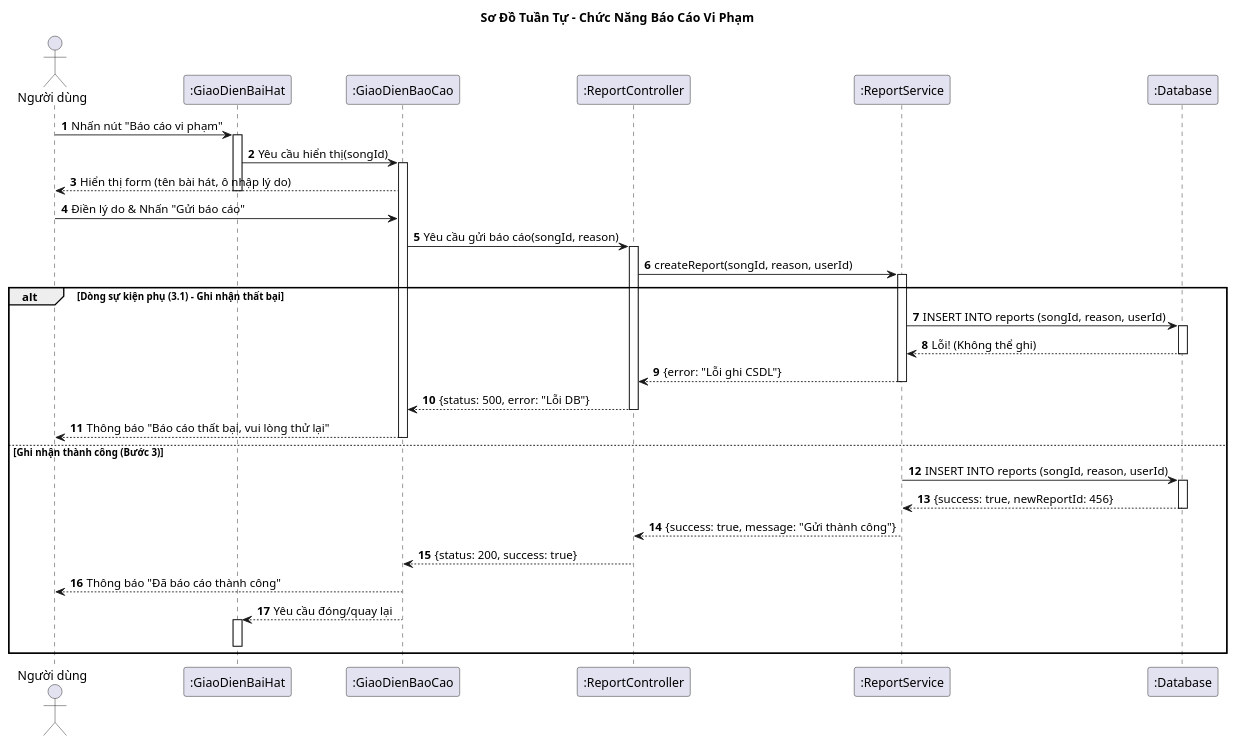
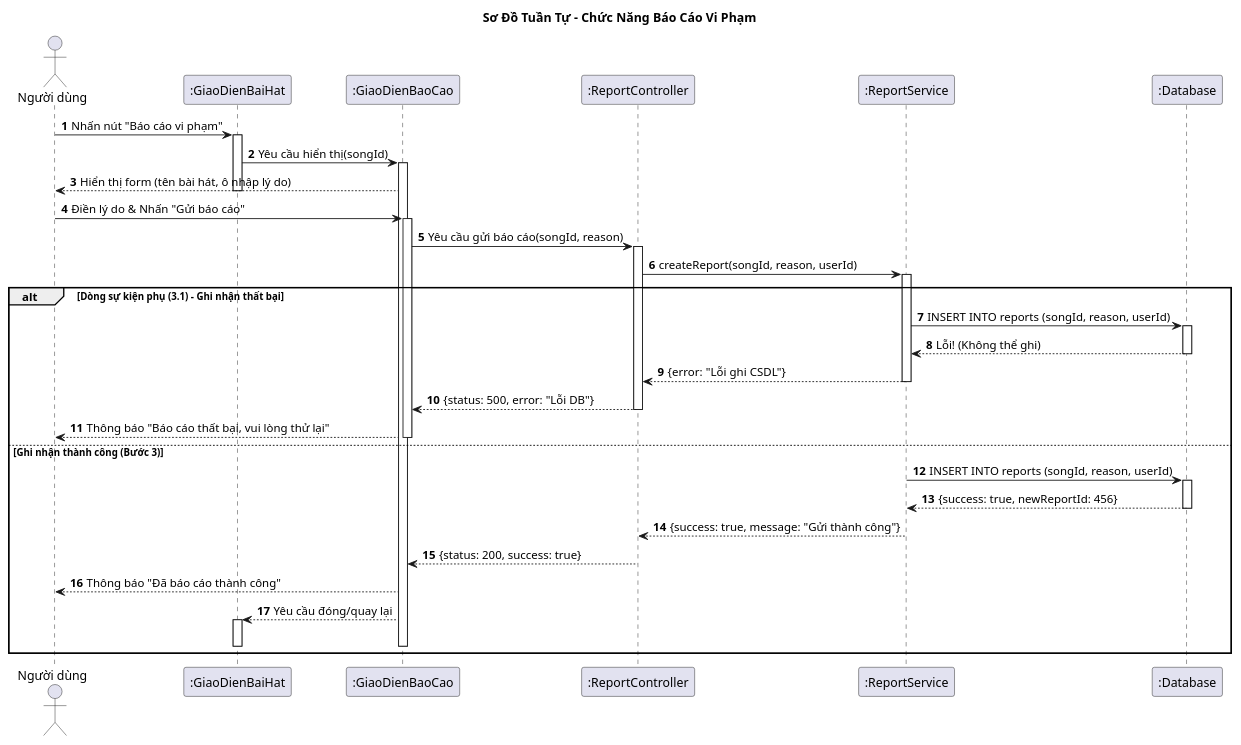
Before and after one commit to vinh047/soundwave: the diagram in Diagrams/SequenceDiagram/ReportSD.plantuml, drawn with PlantUML. The commit also changed 9 other files, not shown here.

Commit message:
Update: Fix Sequence Diagram from 1 to 10

```diff
--- a/Diagrams/SequenceDiagram/ReportSD.plantuml
+++ b/Diagrams/SequenceDiagram/ReportSD.plantuml
@@ -1,64 +1,65 @@
 @startuml Sequence Diagram - Báo Cáo Vi Phạm
 
 title Sơ Đồ Tuần Tự - Chức Năng Báo Cáo Vi Phạm
 
 actor "Người dùng" as User
 participant ":GiaoDienBaiHat" as SongUI
 participant ":GiaoDienBaoCao" as ReportUI
 participant ":ReportController" as Controller
 participant ":ReportService" as Service
 participant ":Database" as DB
 
 autonumber
 
 ' === Dòng sự kiện chính (bước 1): Hiển thị form ===
 User -> SongUI: Nhấn nút "Báo cáo vi phạm"
 activate SongUI
 SongUI -> ReportUI: Yêu cầu hiển thị(songId)
 activate ReportUI
 ReportUI --> User: Hiển thị form (tên bài hát, ô nhập lý do)
 deactivate SongUI
 
 ' === Dòng sự kiện chính (bước 2): Người dùng gửi báo cáo ===
 User -> ReportUI: Điền lý do & Nhấn "Gửi báo cáo"
+activate ReportUI
 ReportUI -> Controller: Yêu cầu gửi báo cáo(songId, reason)
 activate Controller
 
 Controller -> Service: createReport(songId, reason, userId)
 activate Service
 
 ' === Dòng sự kiện (bước 3) & Dòng sự kiện phụ (3.1) ===
 alt Dòng sự kiện phụ (3.1) - Ghi nhận thất bại
     Service -> DB: INSERT INTO reports (songId, reason, userId)
     activate DB
     DB --> Service: Lỗi! (Không thể ghi)
     deactivate DB
     Service --> Controller: {error: "Lỗi ghi CSDL"}
     deactivate Service
     Controller --> ReportUI: {status: 500, error: "Lỗi DB"}
     deactivate Controller
     
     ReportUI --> User: Thông báo "Báo cáo thất bại, vui lòng thử lại"
     deactivate ReportUI
 
 else Ghi nhận thành công (Bước 3)
     Service -> DB: INSERT INTO reports (songId, reason, userId)
     activate DB
     DB --> Service: {success: true, newReportId: 456}
     deactivate DB
     Service --> Controller: {success: true, message: "Gửi thành công"}
     deactivate Service
     
     Controller --> ReportUI: {status: 200, success: true}
     deactivate Controller
     
     ' === Dòng sự kiện chính (bước 4): Thông báo thành công ===
     ReportUI --> User: Thông báo "Đã báo cáo thành công"
     
     ' === Dòng sự kiện chính (bước 5): Trở lại giao diện ===
     ReportUI --> SongUI: Yêu cầu đóng/quay lại
     activate SongUI
     deactivate ReportUI
     deactivate SongUI
 end
 @enduml
```
